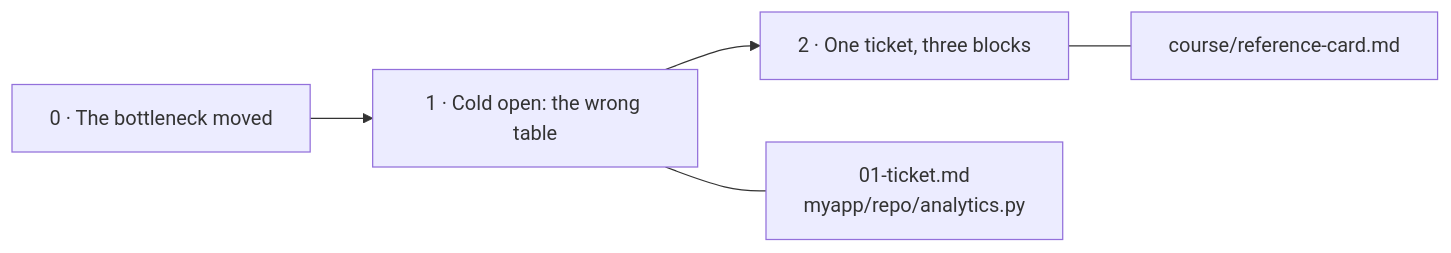
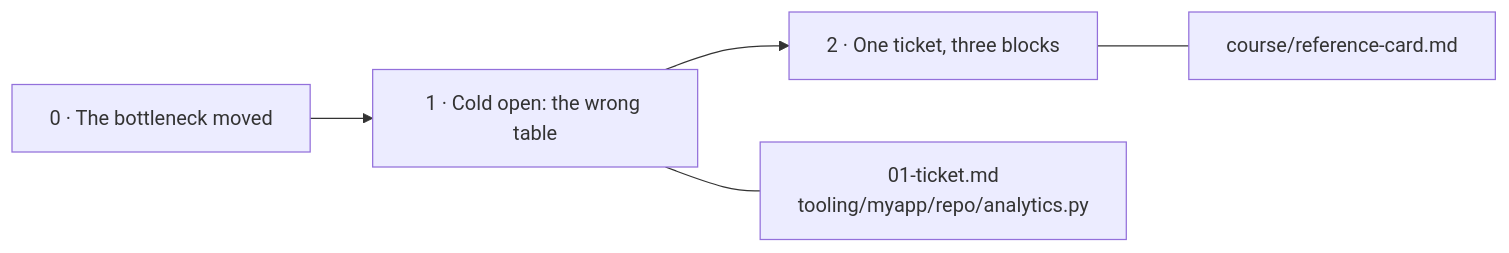
Before and after one commit to limsijie93/tt-masterclass-agentic-sdlc: the fourth of 9 diagrams in course/guide.md, drawn with Mermaid. The commit also changed other lines of this file and 164 other files, not shown here.

````diff
--- a/course/guide.md
+++ b/course/guide.md
@@ -95,6 +95,6 @@
 ```mermaid
 flowchart LR
     l0["0 · The bottleneck moved"] --> l1["1 · Cold open: the wrong table"] --> l2["2 · One ticket, three blocks"]
-    l1 --- f1["01-ticket.md<br/>myapp/repo/analytics.py"]
+    l1 --- f1["01-ticket.md<br/>tooling/myapp/repo/analytics.py"]
     l2 --- f2["course/reference-card.md"]
 ```
````
